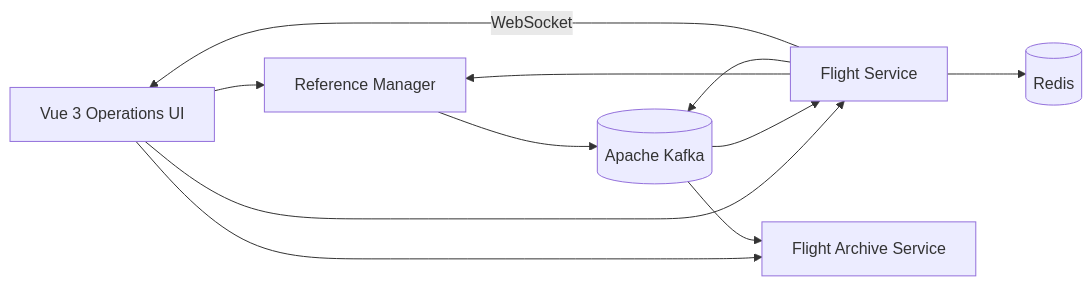
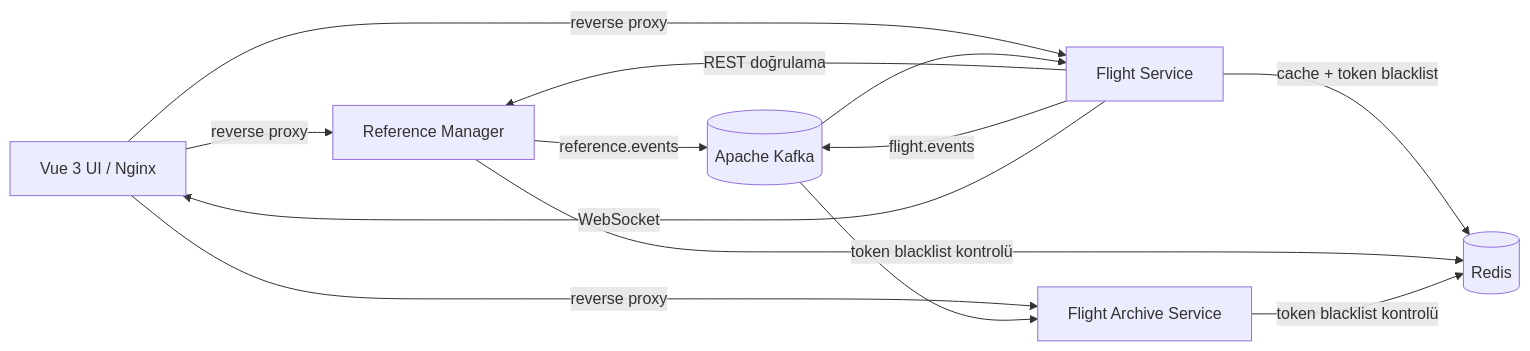
One commit to aliozank/Flight-Managment-System changed the diagram in README.md. Above: the diagram before and after it, drawn with Mermaid. The commit also changed other lines of this file and 57 other files, not shown here.

````diff
--- a/README.md
+++ b/README.md
@@ -22,20 +13,22 @@
 ```mermaid
 flowchart LR
-    UI["Vue 3 Operations UI"]
+    UI["Vue 3 UI / Nginx"]
     RM["Reference Manager"]
     FS["Flight Service"]
     AS["Flight Archive Service"]
     K[("Apache Kafka")]
     R[("Redis")]
 
-    UI --> RM
-    UI --> FS
-    UI --> AS
-    FS --> RM
-    FS --> R
-    RM --> K
-    FS --> K
+    UI -->|reverse proxy| RM
+    UI -->|reverse proxy| FS
+    UI -->|reverse proxy| AS
+    FS -->|REST doğrulama| RM
+    FS -->|cache + token blacklist| R
+    RM -->|token blacklist kontrolü| R
+    AS -->|token blacklist kontrolü| R
+    RM -->|reference.events| K
+    FS -->|flight.events| K
     K --> FS
     K --> AS
-    FS -->|"WebSocket"| UI
+    FS -->|WebSocket| UI
 ```
````
